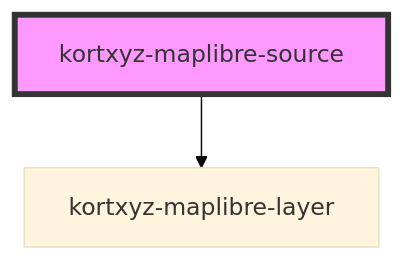
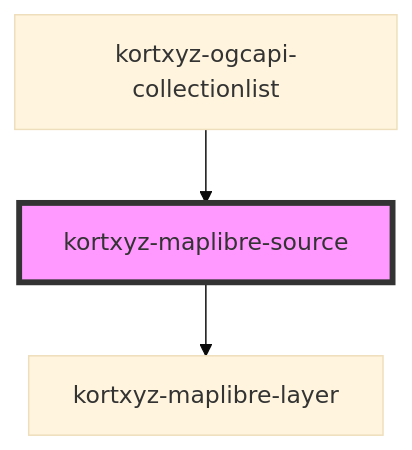
One commit to KORTxyz/kortxyz-components changed the diagram in src/components/kortxyz-maplibre-source/readme.md. Above: the diagram before and after it, drawn with Mermaid (base theme). The commit also changed other lines of this file and 21 other files, not shown here.

````diff
--- a/src/components/kortxyz-maplibre-source/readme.md
+++ b/src/components/kortxyz-maplibre-source/readme.md
@@ -59,5 +63,6 @@
 ```mermaid
 graph TD;
   kortxyz-maplibre-source --> kortxyz-maplibre-layer
+  kortxyz-ogcapi-collectionlist --> kortxyz-maplibre-source
   style kortxyz-maplibre-source fill:#f9f,stroke:#333,stroke-width:4px
 ```
````
